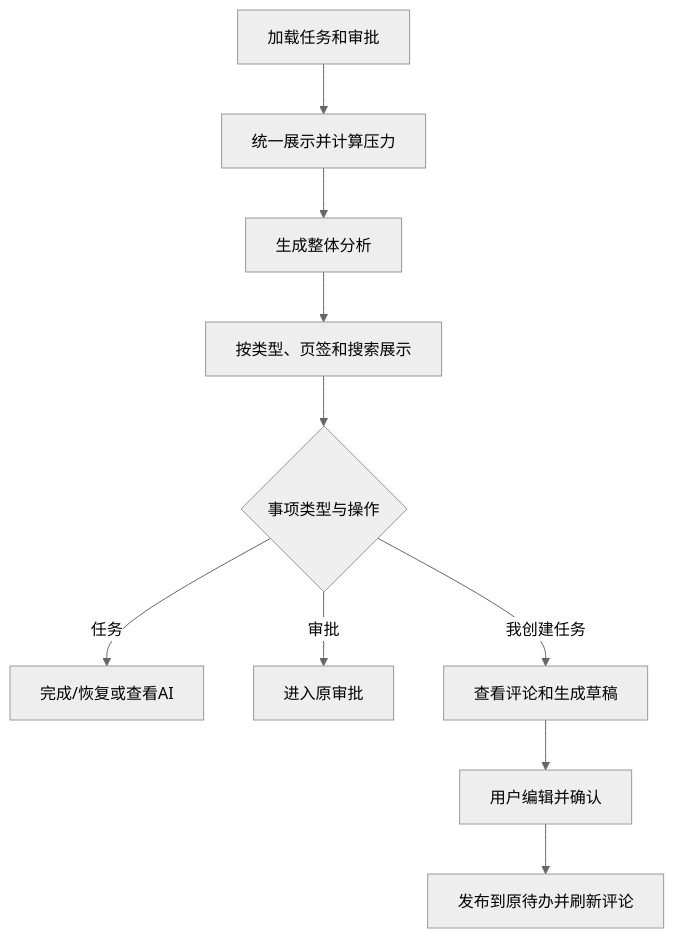
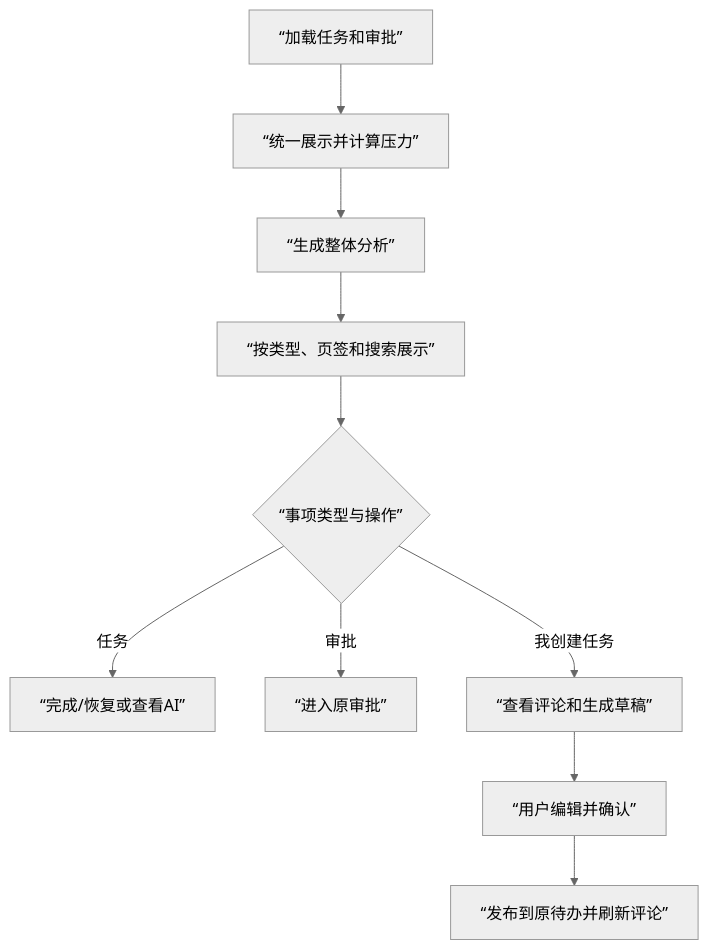
Before and after one commit to fri555/PORTL: the third of 3 diagrams in docs/需求文档/20260726-【PRD】AI工作台-待办中心（MVP）-天马智擎项目.md, drawn with Mermaid (neutral theme). The commit also changed other lines of this file, not shown here.

````diff
--- a/docs/需求文档/20260726-【PRD】AI工作台-待办中心（MVP）-天马智擎项目.md
+++ b/docs/需求文档/20260726-【PRD】AI工作台-待办中心（MVP）-天马智擎项目.md
@@ -214,12 +275,12 @@
 ```mermaid
 flowchart TD
-    A["加载任务和审批"] --> B["统一展示并计算压力"]
-    B --> C["生成整体分析"]
-    C --> D["按类型、页签和搜索展示"]
-    D --> E{"事项类型与操作"}
-    E -->|任务| F["完成/恢复或查看AI"]
-    E -->|审批| G["进入原审批"]
-    E -->|我创建任务| H["查看评论和生成草稿"]
-    H --> I["用户编辑并确认"]
-    I --> J["发布到原待办并刷新评论"]
+    A[“加载任务和审批”] --> B[“统一展示并计算压力”]
+    B --> C[“生成整体分析”]
+    C --> D[“按类型、页签和搜索展示”]
+    D --> E{“事项类型与操作”}
+    E -->|任务| F[“完成/恢复或查看AI”]
+    E -->|审批| G[“进入原审批”]
+    E -->|我创建任务| H[“查看评论和生成草稿”]
+    H --> I[“用户编辑并确认”]
+    I --> J[“发布到原待办并刷新评论”]
 ```
````
